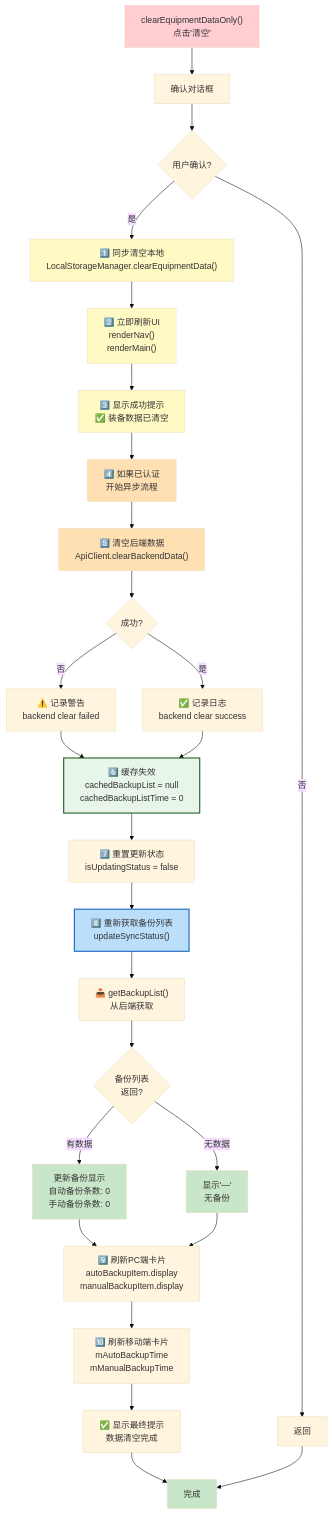
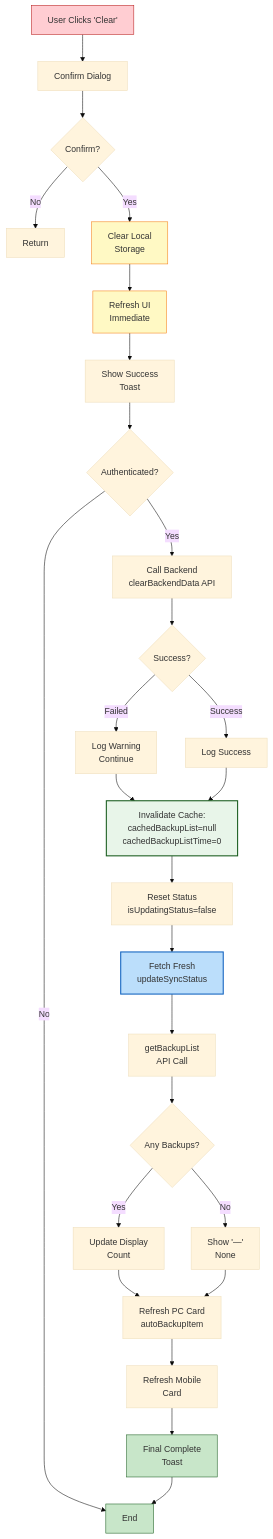
The fourth of 4 diagrams in doc/FLOWCHART_DIAGRAMS.md (Fuck996/yanyu_tools), drawn with Mermaid (base theme) before and after one commit. The commit also changed other lines of this file, not shown here.

First line of the commit message:
清晰化 FLOWCHART_DIAGRAMS.md：用英文简化版本替换复杂中文emoji版本，提高可读性

````diff
--- a/doc/FLOWCHART_DIAGRAMS.md
+++ b/doc/FLOWCHART_DIAGRAMS.md
@@ -404,50 +208,44 @@
 ```mermaid
-graph TB
-    A["clearEquipmentDataOnly()<br/>点击'清空'"] --> B["确认对话框"]
-    B --> C{用户确认?}
-    C -->|否| C_CANCEL["返回"]
-    C -->|是| D["1️⃣ 同步清空本地<br/>LocalStorageManager.clearEquipmentData()"]
+graph TD
+    A["User Clicks 'Clear'"] --> B["Confirm Dialog"]
+    B --> C{Confirm?}
+    C -->|No| D["Return"]
     
-    D --> E["2️⃣ 立即刷新UI<br/>renderNav()<br/>renderMain()"]
-    E --> F["3️⃣ 显示成功提示<br/>✅ 装备数据已清空"]
+    C -->|Yes| E["Clear Local<br/>Storage"]
+    E --> F["Refresh UI<br/>Immediate"]
+    F --> G["Show Success<br/>Toast"]
     
-    F --> G["4️⃣ 如果已认证<br/>开始异步流程"]
-    G --> H["5️⃣ 清空后端数据<br/>ApiClient.clearBackendData()"]
+    G --> H{Authenticated?}
+    H -->|No| I["End"]
     
-    H --> I{成功?}
-    I -->|否| I_WARN["⚠️ 记录警告<br/>backend clear failed"]
-    I -->|是| I_OK["✅ 记录日志<br/>backend clear success"]
+    H -->|Yes| J["Call Backend<br/>clearBackendData API"]
+    J --> K{Success?}
+    K -->|Failed| L["Log Warning<br/>Continue"]
+    K -->|Success| M["Log Success"]
     
-    I_WARN --> J
-    I_OK --> J["6️⃣ 缓存失效<br/>cachedBackupList = null<br/>cachedBackupListTime = 0"]
+    L --> N["Invalidate Cache:<br/>cachedBackupList=null<br/>cachedBackupListTime=0"]
+    M --> N
     
-    J --> K["7️⃣ 重置更新状态<br/>isUpdatingStatus = false"]
-    K --> L["8️⃣ 重新获取备份列表<br/>updateSyncStatus()"]
+    N --> O["Reset Status<br/>isUpdatingStatus=false"]
+    O --> P["Fetch Fresh<br/>updateSyncStatus"]
+    P --> Q["getBackupList<br/>API Call"]
     
-    L --> M["📥 getBackupList()<br/>从后端获取"]
-    M --> N{备份列表<br/>返回?}
+    Q --> R{Any Backups?}
+    R -->|Yes| S["Update Display<br/>Count"]
+    R -->|No| T["Show '—'<br/>None"]
     
-    N -->|有数据| O["更新备份显示<br/>自动备份条数: 0<br/>手动备份条数: 0"]
-    N -->|无数据| P["显示'—'<br/>无备份"]
+    S --> U["Refresh PC Card<br/>autoBackupItem"]
+    T --> U
     
-    O --> Q["9️⃣ 刷新PC端卡片<br/>autoBackupItem.display<br/>manualBackupItem.display"]
-    P --> Q
+    U --> V["Refresh Mobile<br/>Card"]
+    V --> W["Final Complete<br/>Toast"]
+    W --> I
     
-    Q --> R["🔟 刷新移动端卡片<br/>mAutoBackupTime<br/>mManualBackupTime"]
-    R --> S["✅ 显示最终提示<br/>数据清空完成"]
-    S --> T["完成"]
-    
-    C_CANCEL --> T
-    
-    style A fill:#ffcdd2
-    style D fill:#fff9c4
-    style E fill:#fff9c4
-    style F fill:#fff9c4
-    style G fill:#ffe0b2
-    style H fill:#ffe0b2
-    style J fill:#e8f5e9,stroke:#1b5e20,stroke-width:2px
-    style L fill:#bbdefb,stroke:#1565c0,stroke-width:2px
-    style O fill:#c8e6c9
-    style P fill:#c8e6c9
-    style T fill:#c8e6c9
+    style A fill:#FFCDD2,stroke:#B71C1C
+    style E fill:#FFF9C4,stroke:#F57F17
+    style F fill:#FFF9C4,stroke:#F57F17
+    style N fill:#E8F5E9,stroke:#1B5E20,stroke-width:2px
+    style P fill:#BBDEFB,stroke:#1565C0,stroke-width:2px
+    style W fill:#C8E6C9,stroke:#1B5E20
+    style I fill:#C8E6C9,stroke:#1B5E20
 ```
````
